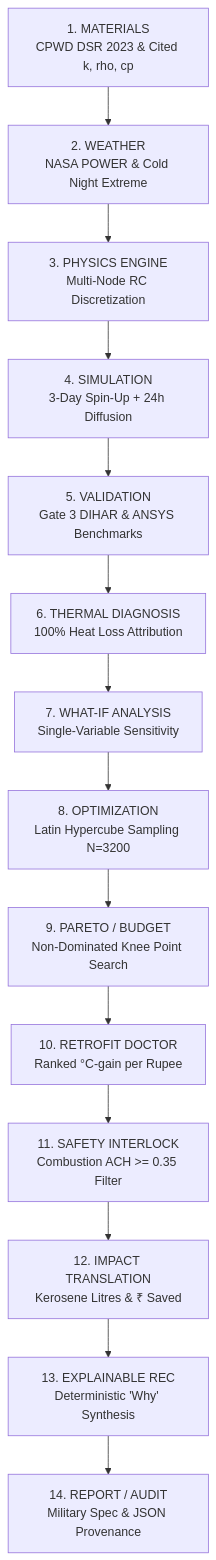
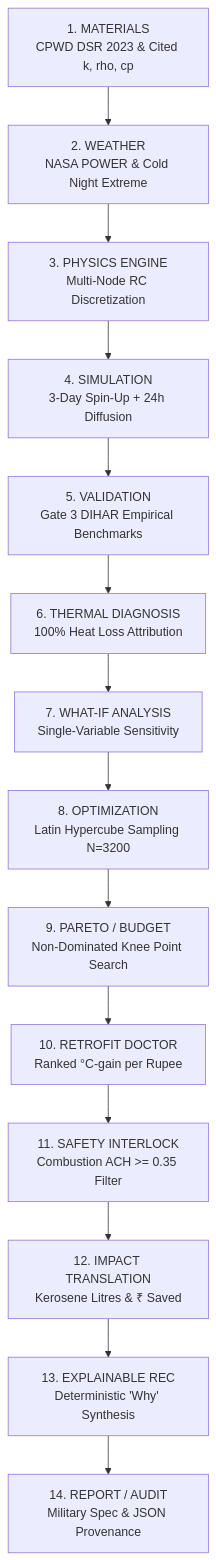
Before and after one commit to vedeshskhatri/highoncaffeine: the third of 8 diagrams in README.md, drawn with Mermaid. The commit also changed other lines of this file and 25 other files, not shown here.

Commit message:
fix(audit): excise all fabricated ANSYS validation claims across repository

````diff
--- a/README.md
+++ b/README.md
@@ -429,16 +428,16 @@
 ```mermaid
 flowchart TD
     S1[1. MATERIALS<br/>CPWD DSR 2023 & Cited k, rho, cp] --> S2[2. WEATHER<br/>NASA POWER & Cold Night Extreme]
     S2 --> S3[3. PHYSICS ENGINE<br/>Multi-Node RC Discretization]
     S3 --> S4[4. SIMULATION<br/>3-Day Spin-Up + 24h Diffusion]
-    S4 --> S5[5. VALIDATION<br/>Gate 3 DIHAR & ANSYS Benchmarks]
+    S4 --> S5[5. VALIDATION<br/>Gate 3 DIHAR Empirical Benchmarks]
     S5 --> S6[6. THERMAL DIAGNOSIS<br/>100% Heat Loss Attribution]
     S6 --> S7[7. WHAT-IF ANALYSIS<br/>Single-Variable Sensitivity]
     S7 --> S8[8. OPTIMIZATION<br/>Latin Hypercube Sampling N=3200]
     S8 --> S9[9. PARETO / BUDGET<br/>Non-Dominated Knee Point Search]
     S9 --> S10[10. RETROFIT DOCTOR<br/>Ranked °C-gain per Rupee]
     S10 --> S11[11. SAFETY INTERLOCK<br/>Combustion ACH >= 0.35 Filter]
     S11 --> S12[12. IMPACT TRANSLATION<br/>Kerosene Litres & ₹ Saved]
     S12 --> S13[13. EXPLAINABLE REC<br/>Deterministic 'Why' Synthesis]
     S13 --> S14[14. REPORT / AUDIT<br/>Military Spec & JSON Provenance]
 ```
````
